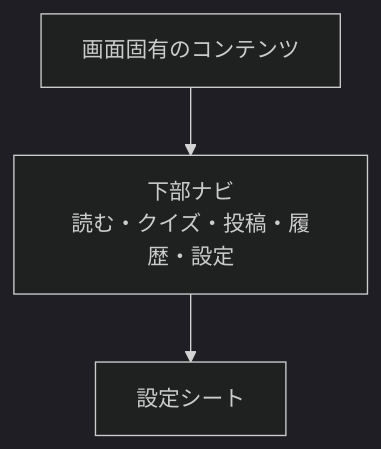
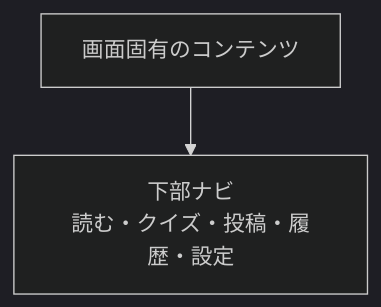
One commit to Digix00/58-Hackathon-202609 changed the diagram in docs/requirements/screens/shared-ui.md. Above: the diagram before and after it, drawn with Mermaid (dark theme). The commit also changed other lines of this file and 26 other files, not shown here.

````diff
--- a/docs/requirements/screens/shared-ui.md
+++ b/docs/requirements/screens/shared-ui.md
@@ -7,9 +7,7 @@
 ```mermaid
 flowchart TB
   Content["画面固有のコンテンツ"]
   BottomNav["下部ナビ<br/>読む・クイズ・投稿・履歴・設定"]
-  Sheet["設定シート"]
 
   Content --> BottomNav
-  BottomNav --> Sheet
 ```
````
